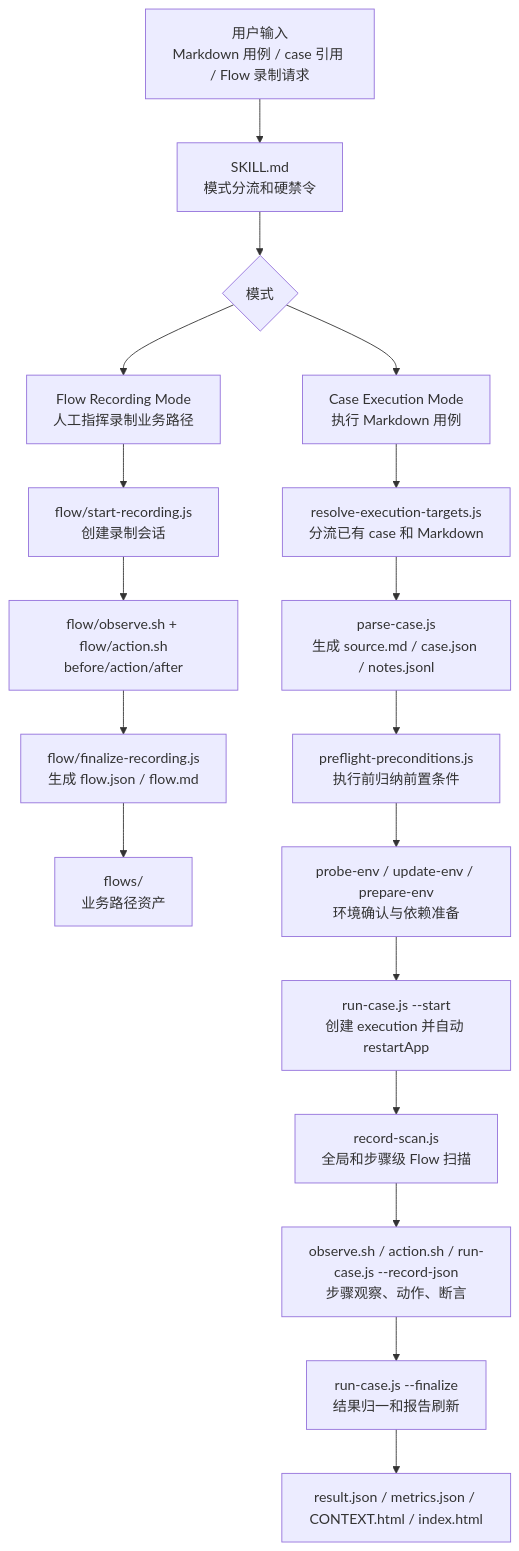
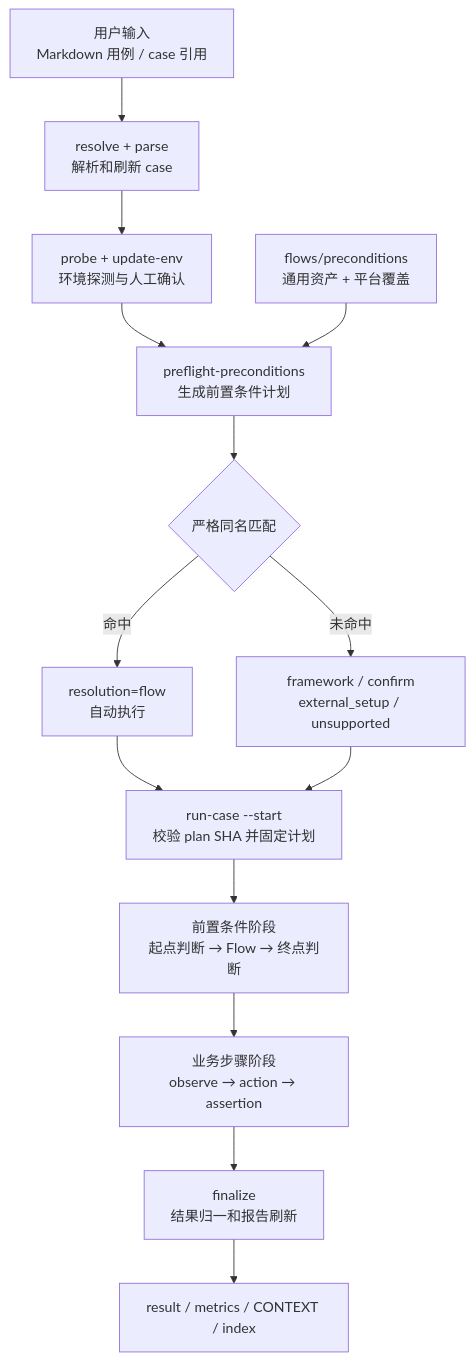
One commit to lianghuihui-plus/DevKit changed the first of 5 diagrams in mobile-ai-visual-test/docs/architecture.md. Above: the diagram before and after it, drawn with Mermaid. The commit also changed other lines of this file and 26 other files, not shown here.

Commit message:
refactor: scope flows to preconditions

````diff
--- a/mobile-ai-visual-test/docs/architecture.md
+++ b/mobile-ai-visual-test/docs/architecture.md
@@ -7,23 +7,16 @@
 ```mermaid
 flowchart TD
-  U["用户输入<br/>Markdown 用例 / case 引用 / Flow 录制请求"] --> SK["SKILL.md<br/>模式分流和硬禁令"]
-
-  SK --> M{"模式"}
-  M --> FR["Flow Recording Mode<br/>人工指挥录制业务路径"]
-  M --> CE["Case Execution Mode<br/>执行 Markdown 用例"]
-
-  FR --> F1["flow/start-recording.js<br/>创建录制会话"]
-  F1 --> F2["flow/observe.sh + flow/action.sh<br/>before/action/after"]
-  F2 --> F3["flow/finalize-recording.js<br/>生成 flow.json / flow.md"]
-  F3 --> FA["flows/<flow><br/>业务路径资产"]
-
-  CE --> C1["resolve-execution-targets.js<br/>分流已有 case 和 Markdown"]
-  C1 --> C2["parse-case.js<br/>生成 source.md / case.json / notes.jsonl"]
-  C2 --> C3["preflight-preconditions.js<br/>执行前归纳前置条件"]
-  C3 --> C4["probe-env / update-env / prepare-env<br/>环境确认与依赖准备"]
-  C4 --> C5["run-case.js --start<br/>创建 execution 并自动 restartApp"]
-  C5 --> C6["record-scan.js<br/>全局和步骤级 Flow 扫描"]
-  C6 --> C7["observe.sh / action.sh / run-case.js --record-json<br/>步骤观察、动作、断言"]
-  C7 --> C8["run-case.js --finalize<br/>结果归一和报告刷新"]
-  C8 --> R["result.json / metrics.json / CONTEXT.html / index.html"]
+  U["用户输入<br/>Markdown 用例 / case 引用"] --> R["resolve + parse<br/>解析和刷新 case"]
+  R --> E["probe + update-env<br/>环境探测与人工确认"]
+  E --> P["preflight-preconditions<br/>生成前置条件计划"]
+  F["flows/preconditions<br/>通用资产 + 平台覆盖"] --> P
+  P --> M{"严格同名匹配"}
+  M -->|命中| PF["resolution=flow<br/>自动执行"]
+  M -->|未命中| PM["framework / confirm<br/>external_setup / unsupported"]
+  PF --> S["run-case --start<br/>校验 plan SHA 并固定计划"]
+  PM --> S
+  S --> C["前置条件阶段<br/>起点判断 → Flow → 终点判断"]
+  C --> T["业务步骤阶段<br/>observe → action → assertion"]
+  T --> Z["finalize<br/>结果归一和报告刷新"]
+  Z --> O["result / metrics / CONTEXT / index"]
 ```
````
